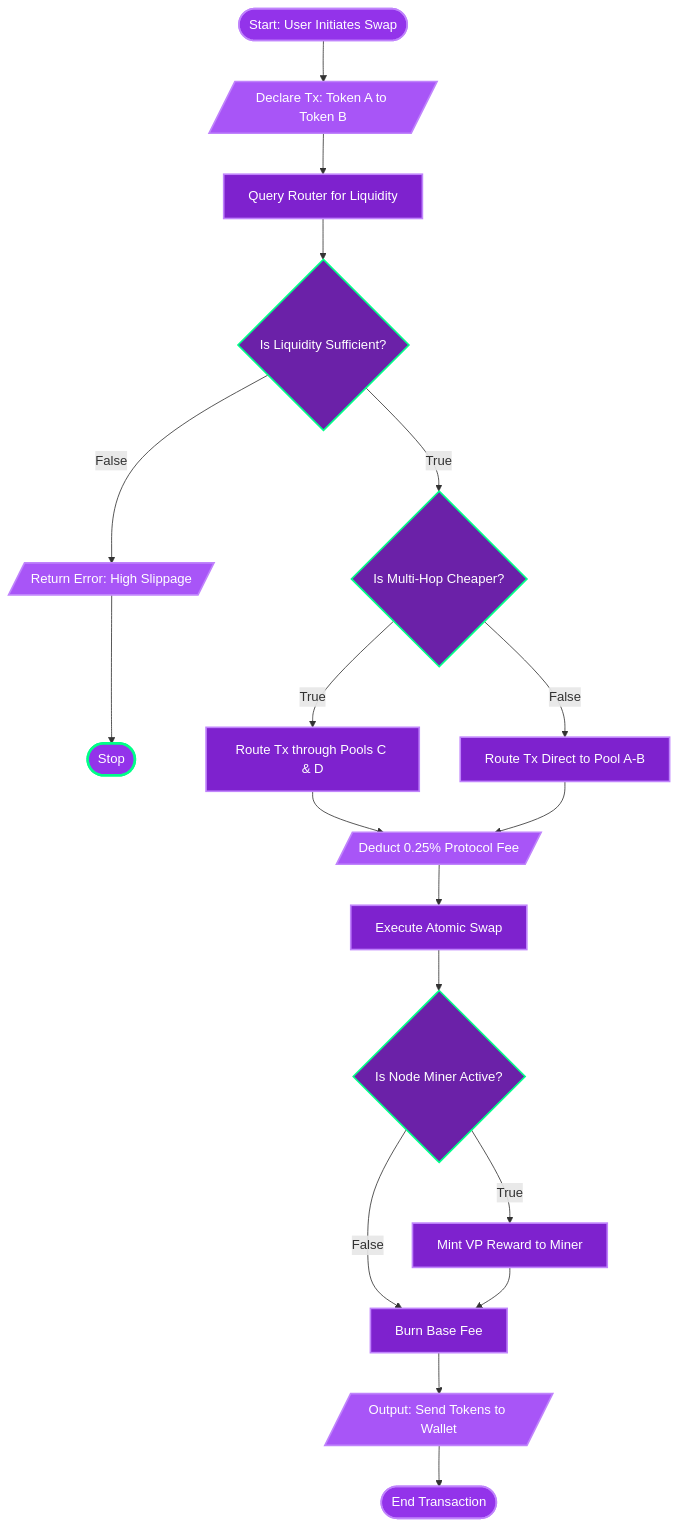
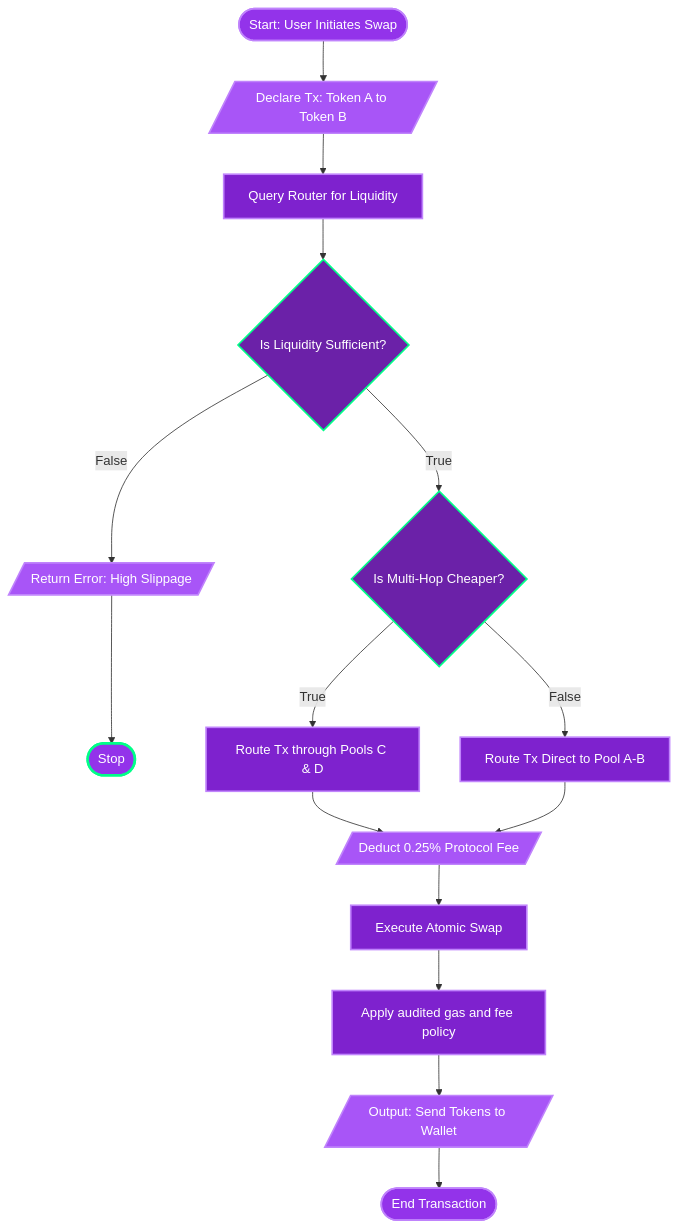
One commit to verdexchainsuppourt-hue/verdex-ecosystem changed the second of 9 diagrams in verdex-whitepaper.md. Above: the diagram before and after it, drawn with Mermaid. The commit also changed other lines of this file and 580 other files, not shown here.

````diff
--- a/verdex-whitepaper.md
+++ b/verdex-whitepaper.md
@@ -112,34 +111,29 @@
 ```mermaid
 graph TD
     %% Custom styling to match standard algorithmic diagrams
     classDef startStop fill:#9333ea,stroke:#c084fc,stroke-width:2px,color:#fff
     classDef process fill:#7e22ce,stroke:#c084fc,stroke-width:2px,color:#fff
     classDef decision fill:#6b21a8,stroke:#00ff88,stroke-width:2px,color:#fff
     classDef io fill:#a855f7,stroke:#c084fc,stroke-width:2px,color:#fff
     classDef endNode fill:#9333ea,stroke:#00ff88,stroke-width:3px,color:#fff
 
     Start([Start: User Initiates Swap]):::startStop --> A[/Declare Tx: Token A to Token B/]:::io
     A --> B[Query Router for Liquidity]:::process
     B --> C{Is Liquidity Sufficient?}:::decision
     
     C -- False --> D[/Return Error: High Slippage/]:::io
     D --> Stop1([Stop]):::endNode
     
     C -- True --> E{Is Multi-Hop Cheaper?}:::decision
     
     E -- True --> F[Route Tx through Pools C & D]:::process
     E -- False --> G[Route Tx Direct to Pool A-B]:::process
     
     F --> H[/Deduct 0.25% Protocol Fee/]:::io
     G --> H
     
     H --> I[Execute Atomic Swap]:::process
-    I --> J{Is Node Miner Active?}:::decision
-    
-    J -- True --> K[Mint VP Reward to Miner]:::process
-    J -- False --> L[Burn Base Fee]:::process
-    
-    K --> L
+    I --> L[Apply audited gas and fee policy]:::process
     L --> M[/Output: Send Tokens to Wallet/]:::io
     M --> End([End Transaction]):::startStop
 ```
````
